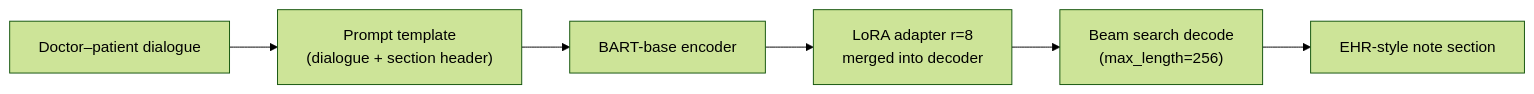
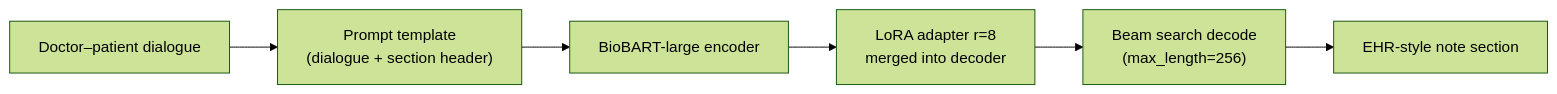
Before and after one commit to jonleed/Medical-Dialogue-Summary: the diagram in README.md, drawn with Mermaid (forest theme). The commit also changed other lines of this file and 12 other files, not shown here.

First line of the commit message:
feat(model): adopt BioBART-large LoRA adapter

````diff
--- a/README.md
+++ b/README.md
@@ -88,8 +91,8 @@
 ```mermaid
 graph LR
     A["Doctor–patient dialogue"] --> B["Prompt template<br/>(dialogue + section header)"]
-    B --> C["BART-base encoder"]
+    B --> C["BioBART-large encoder"]
     C --> D["LoRA adapter r=8<br/>merged into decoder"]
     D --> E["Beam search decode<br/>(max_length=256)"]
     E --> F["EHR-style note section"]
 ```
````
